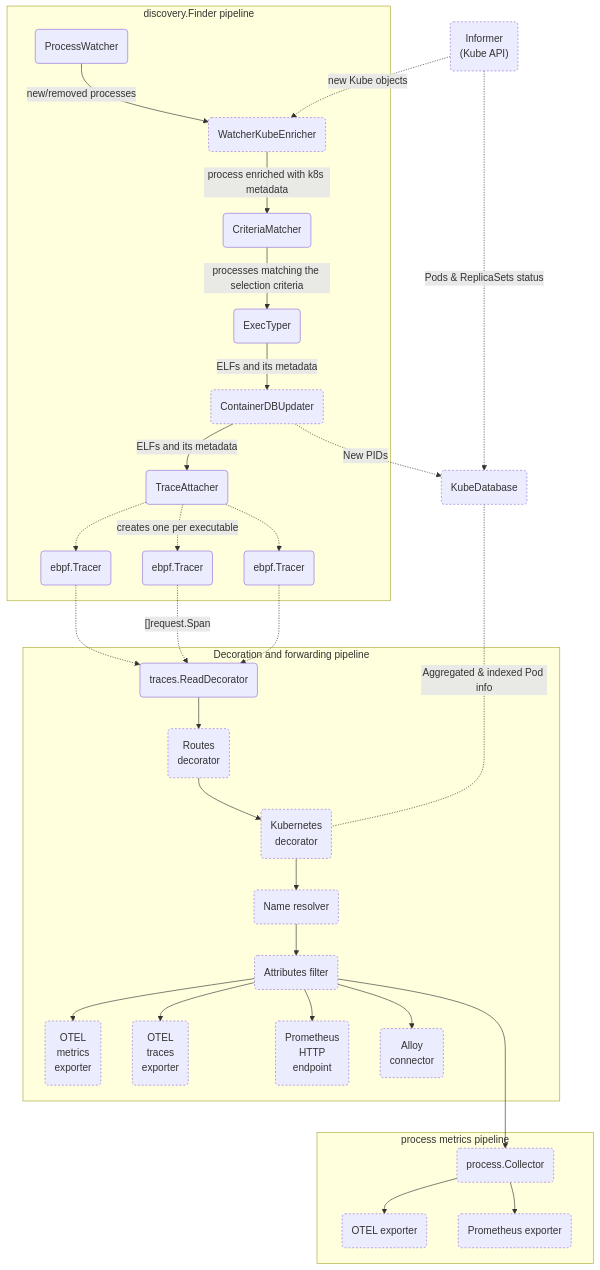
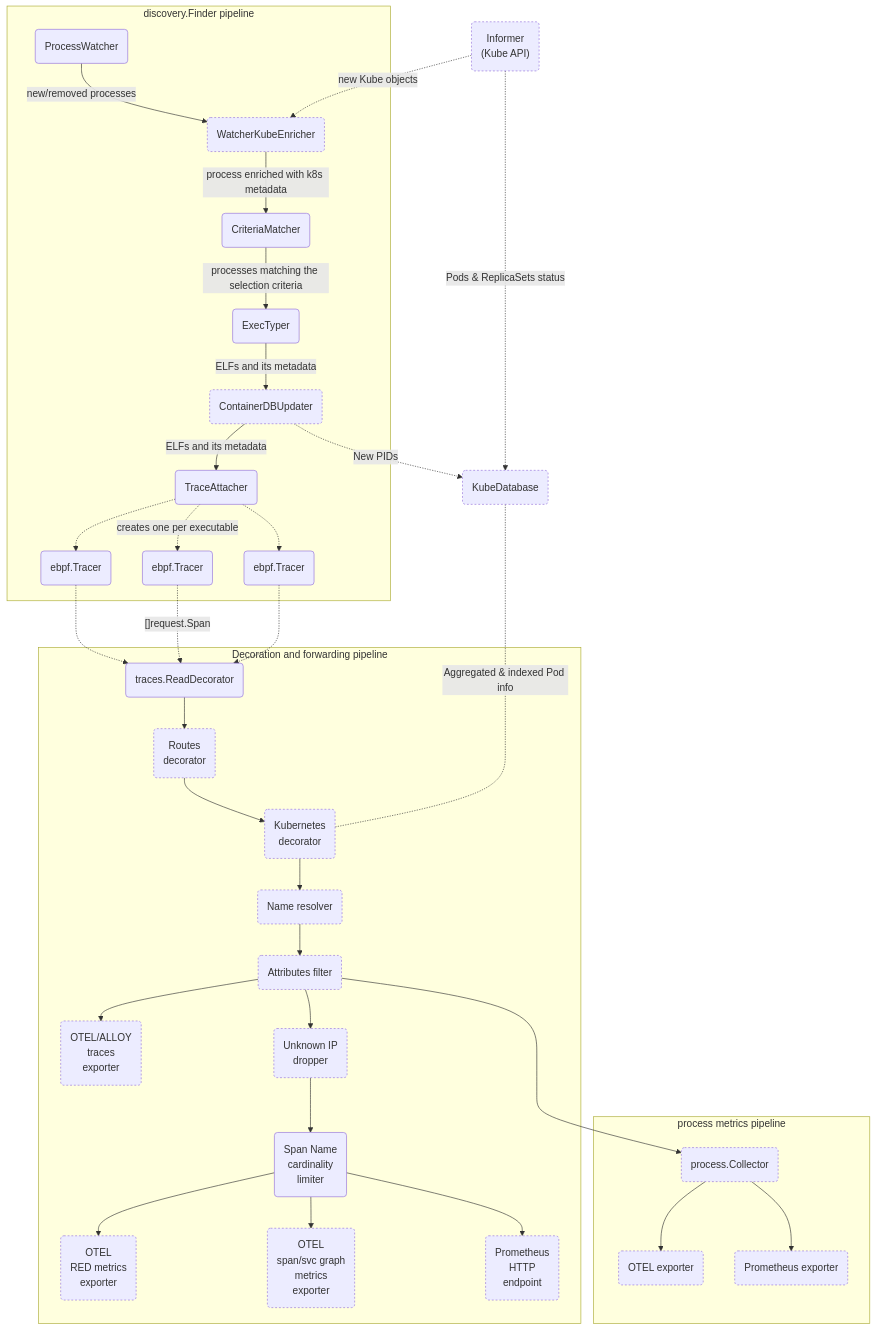
Before and after one commit to open-telemetry/opentelemetry-ebpf-instrumentation: the first of 2 diagrams in devdocs/pipeline-map.md, drawn with Mermaid. The commit also changed 13 other files, not shown here.

First line of the commit message:
Limit cardinality of Span Metrics (#545)

````diff
--- a/devdocs/pipeline-map.md
+++ b/devdocs/pipeline-map.md
@@ -13,39 +13,43 @@
 ```mermaid
 flowchart TD
     classDef optional stroke-dasharray: 3 3;
     subgraph discovery.Finder pipeline
         PW(ProcessWatcher) --> |new/removed processes| KWE
         KWE(WatcherKubeEnricher):::optional --> |process enriched with k8s metadata| CM
         CM(CriteriaMatcher) --> |processes matching the selection criteria| ET(ExecTyper)
         ET --> |ELFs and its metadata| CU
         CU(ContainerDBUpdater):::optional --> |ELFs and its metadata| TA
         TA(TraceAttacher) -.-> EBPF1(ebpf.Tracer)
         TA -.-> |creates one per executable| EBPF2(ebpf.Tracer)
         TA -.-> EBPF3(ebpf.Tracer)
     end
     subgraph Decoration and forwarding pipeline
         EBPF1 -.-> TR
         EBPF2 -.-> |"[]request.Span"| TR
         EBPF3 -.-> TR
         TR(traces.ReadDecorator) --> ROUT(Routes<br/>decorator)
         ROUT:::optional --> KD(Kubernetes<br/>decorator)
         KD:::optional --> NR
         NR(Name resolver):::optional --> AF
         
-        AF(Attributes filter):::optional --> OTELM(OTEL<br/> metrics<br/> exporter):::optional
-        AF --> OTELT(OTEL<br/> traces<br/> exporter):::optional
-        AF --> PROM(Prometheus<br/>HTTP<br/>endpoint):::optional
-        AF --> ALLOY(Alloy<br/>connector):::optional
+        AF(Attributes filter):::optional --> OTELT(OTEL/ALLOY<br/> traces<br/> exporter):::optional
+
+        
+        AF --> IPD(Unknown IP<br/>dropper):::optional
+        IPD --> SNCL(Span Name<br/>cardinality<br/>limiter)
+        SNCL --> OTELRM(OTEL<br/>RED metrics<br/> exporter):::optional
+        SNCL --> OTELSM(OTEL<br/>span/svc graph<br/>metrics<br/> exporter):::optional
+        SNCL --> PROM(Prometheus<br/>HTTP<br/>endpoint):::optional
     end
     CU -.-> |New PIDs| KDB
     KDB(KubeDatabase):::optional <-.- | Aggregated & indexed Pod info | KD
     IF("Informer<br/>(Kube API)"):::optional -.-> |Pods & ReplicaSets status| KDB
     IF -.-> |new Kube objects| KWE
     AF ---> PC
     subgraph process metrics pipeline
         PC("process.Collector"):::optional --> POTEL
         PC --> PPROM
         POTEL("OTEL exporter"):::optional
         PPROM("Prometheus exporter"):::optional
     end
 ```
````
